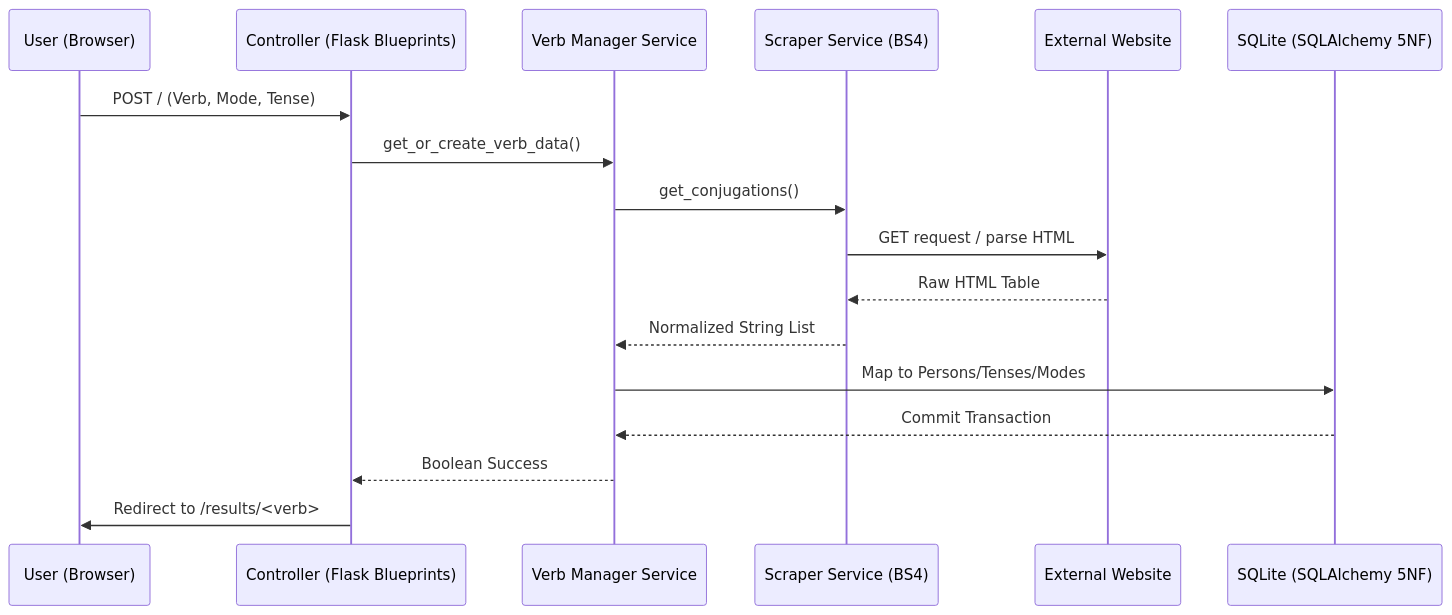
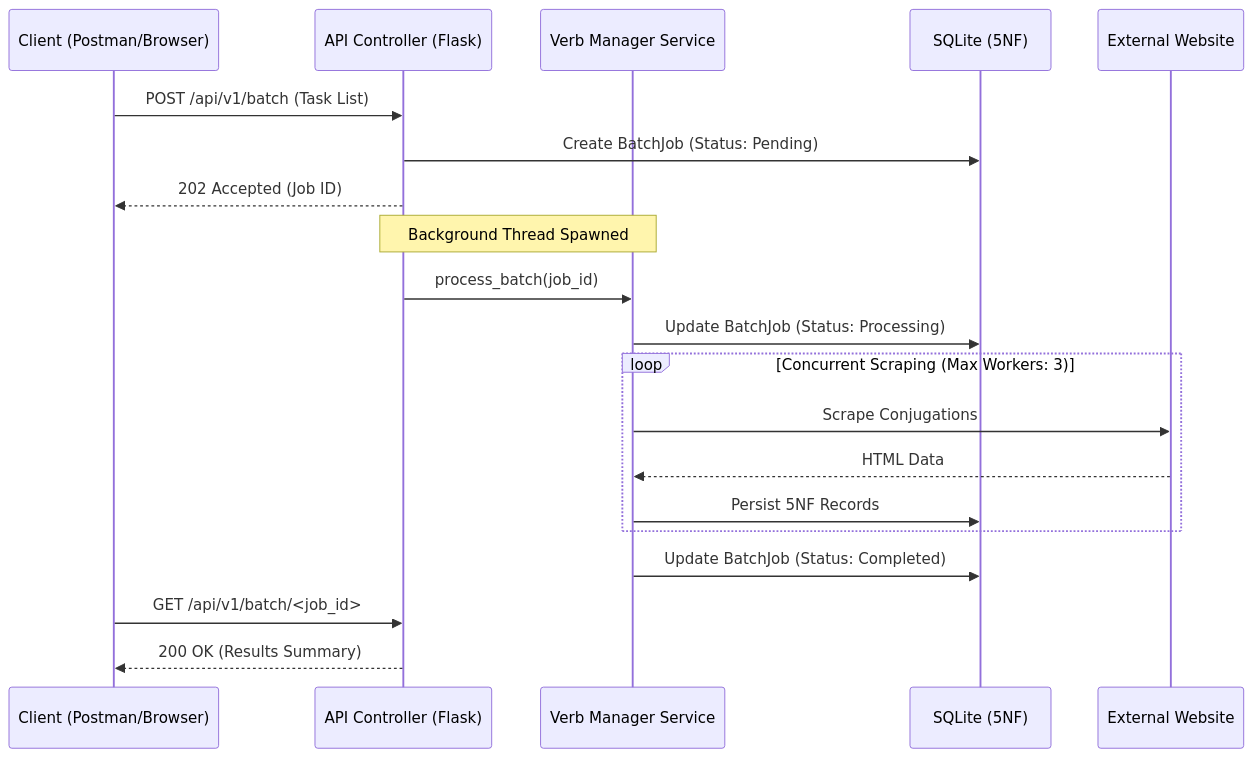
The diagram in README.md (DaSteff91/verb-scraper-app), drawn with Mermaid before and after one commit. The commit also changed other lines of this file and 2 other files, not shown here.

````diff
--- a/README.md
+++ b/README.md
@@ -19,20 +23,26 @@
 ```mermaid
 sequenceDiagram
-    participant U as User (Browser)
-    participant C as Controller (Flask Blueprints)
-    participant S as Verb Manager Service
-    participant Sc as Scraper Service (BS4)
+    participant U as Client (Postman/Browser)
+    participant A as API Controller (Flask)
+    participant V as Verb Manager Service
+    participant DB as SQLite (5NF)
     participant W as External Website
-    participant DB as SQLite (SQLAlchemy 5NF)
 
-    U->>C: POST / (Verb, Mode, Tense)
-    C->>S: get_or_create_verb_data()
-    S->>Sc: get_conjugations()
-    Sc->>W: GET request / parse HTML
-    W-->>Sc: Raw HTML Table
-    Sc-->>S: Normalized String List
-    S->>DB: Map to Persons/Tenses/Modes
-    DB-->>S: Commit Transaction
-    S-->>C: Boolean Success
-    C->>U: Redirect to /results/<verb>
+    U->>A: POST /api/v1/batch (Task List)
+    A->>DB: Create BatchJob (Status: Pending)
+    A-->>U: 202 Accepted (Job ID)
+
+    Note over A,V: Background Thread Spawned
+    A->>V: process_batch(job_id)
+    V->>DB: Update BatchJob (Status: Processing)
+
+    loop Concurrent Scraping (Max Workers: 3)
+        V->>W: Scrape Conjugations
+        W-->>V: HTML Data
+        V->>DB: Persist 5NF Records
+    end
+
+    V->>DB: Update BatchJob (Status: Completed)
+    U->>A: GET /api/v1/batch/<job_id>
+    A-->>U: 200 OK (Results Summary)
 ```
````
